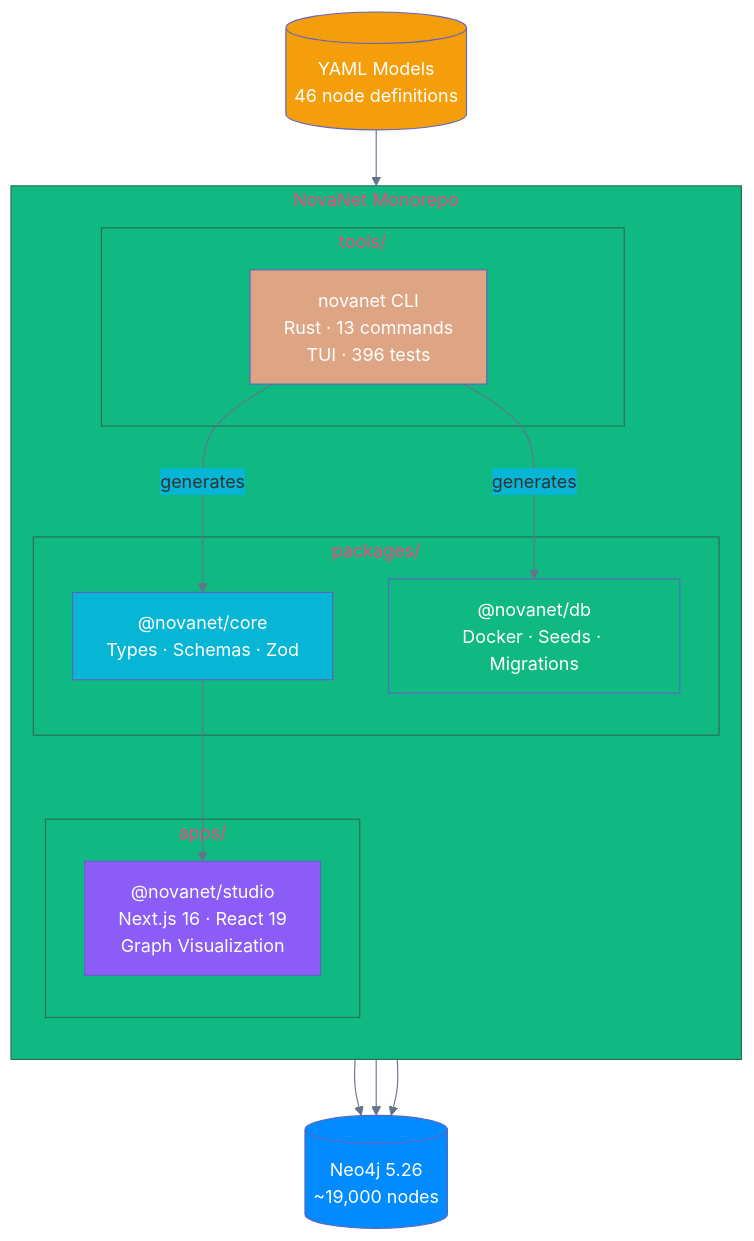
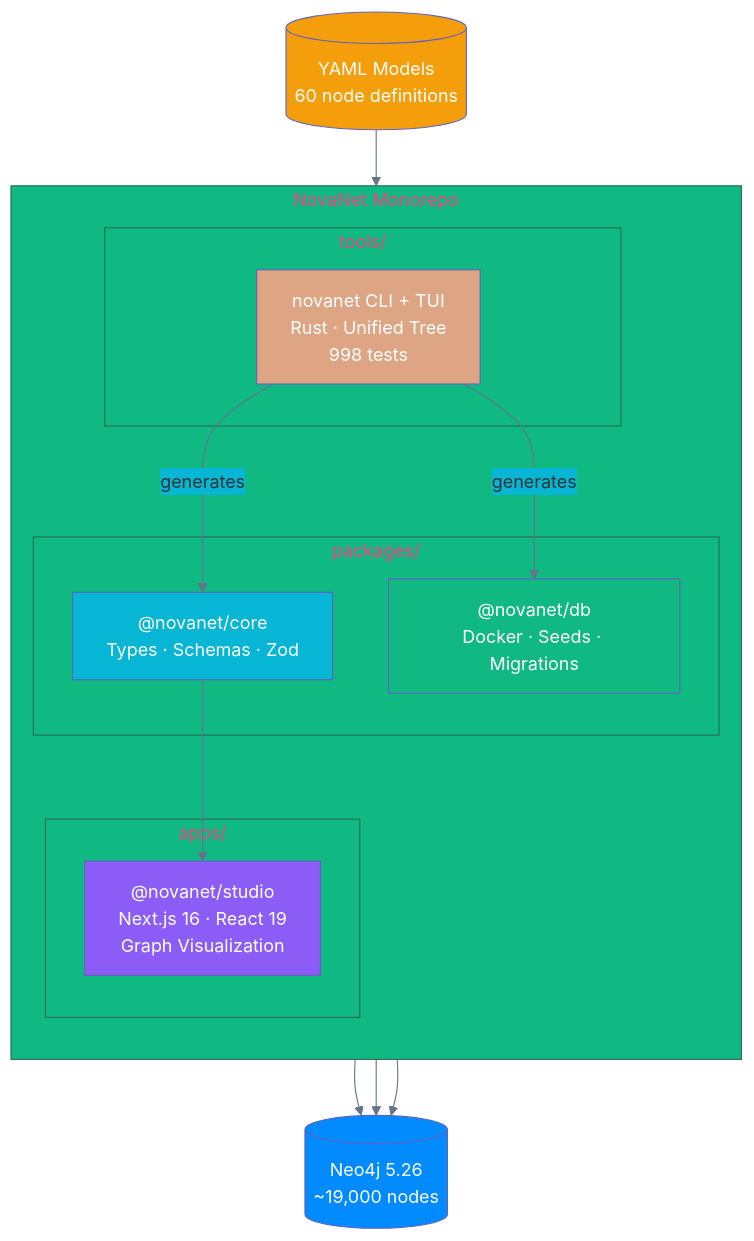
Before and after one commit to supernovae-st/novanet: the first of 2 diagrams in docs/src/architecture/overview.md, drawn with Mermaid. The commit also changed other lines of this file and 63 other files, not shown here.

First line of the commit message:
feat(schema): ADR-028 Page-Entity Architecture Phase 1

````diff
--- a/docs/src/architecture/overview.md
+++ b/docs/src/architecture/overview.md
@@ -7,43 +7,43 @@
 ```mermaid
 %%{init: {'theme': 'base', 'themeVariables': {
   'primaryColor': '#6366f1',
   'secondaryColor': '#06b6d4',
   'tertiaryColor': '#10b981',
   'lineColor': '#64748b'
 }}}%%
 flowchart TB
     subgraph MONO["NovaNet Monorepo"]
         direction TB
 
         subgraph PACKAGES["packages/"]
             CORE["@novanet/core\nTypes · Schemas · Zod"]
             DB["@novanet/db\nDocker · Seeds · Migrations"]
         end
 
         subgraph APPS["apps/"]
             STUDIO["@novanet/studio\nNext.js 16 · React 19\nGraph Visualization"]
         end
 
         subgraph TOOLS["tools/"]
-            RUST["novanet CLI\nRust · 13 commands\nTUI · 396 tests"]
+            RUST["novanet CLI + TUI\nRust · Unified Tree\n998 tests"]
         end
     end
 
-    YAML[("YAML Models\n46 node definitions")]
+    YAML[("YAML Models\n60 node definitions")]
     NEO4J[("Neo4j 5.26\n~19,000 nodes")]
 
     YAML --> RUST
     RUST -->|generates| CORE
     RUST -->|generates| DB
     CORE --> STUDIO
     DB --> NEO4J
     STUDIO --> NEO4J
     RUST --> NEO4J
 
     style CORE fill:#06b6d4,color:#fff
     style DB fill:#10b981,color:#fff
     style STUDIO fill:#8b5cf6,color:#fff
     style RUST fill:#DEA584,color:#fff
     style NEO4J fill:#018bff,color:#fff
     style YAML fill:#f59e0b,color:#fff
 ```
````
